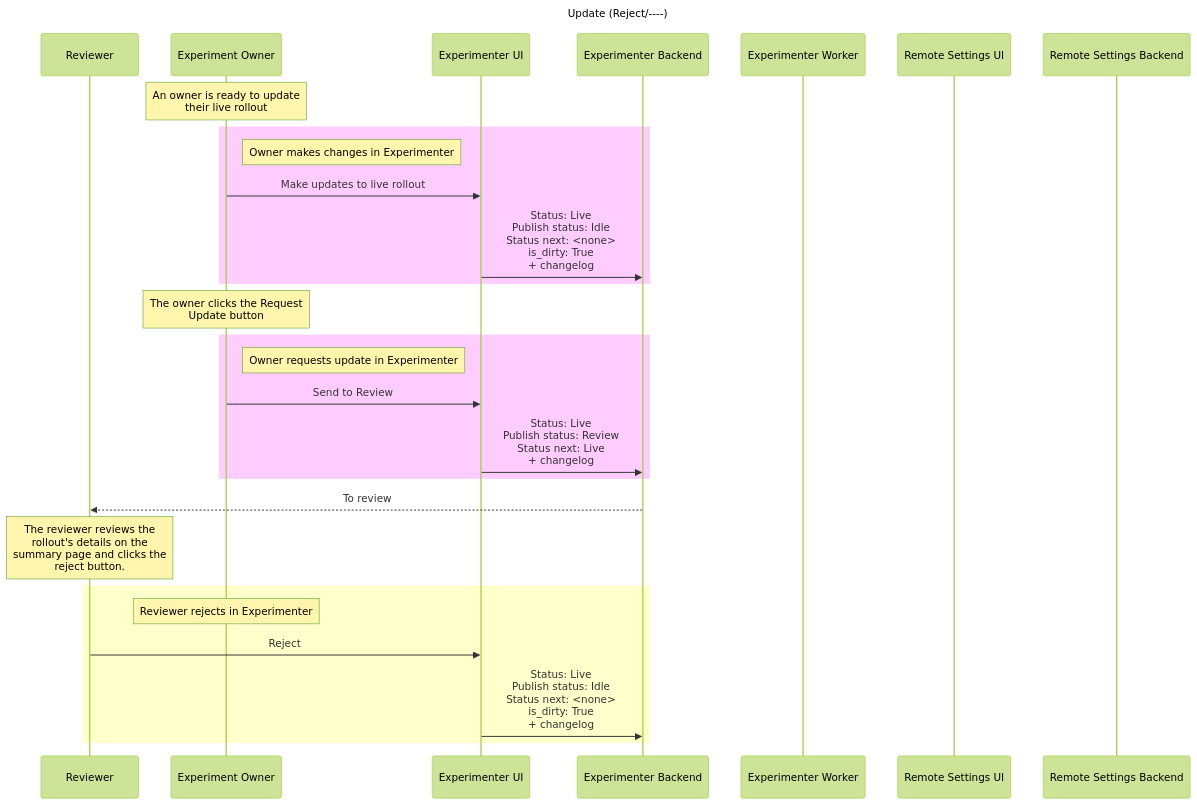
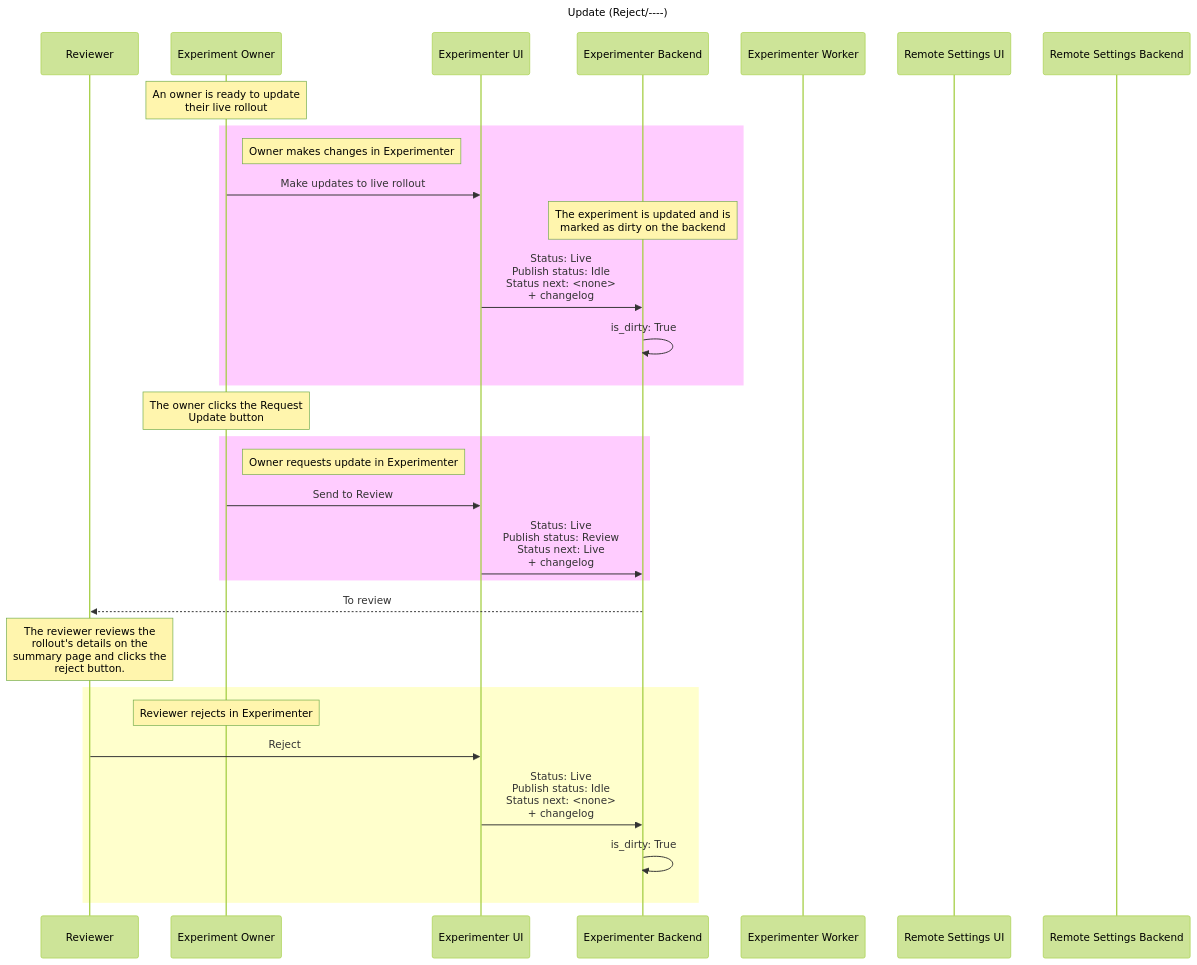
One commit to mozilla/experimenter changed the ninth of 22 diagrams in docs/experimenter/README.md. Above: the diagram before and after it, drawn with Mermaid (forest theme). The commit also changed other lines of this file, not shown here.

Commit message:
For #8559 docs(nimbus): Separate is_dirty to show that it is set on the backend

````diff
--- a/docs/experimenter/README.md
+++ b/docs/experimenter/README.md
@@ -527,36 +529,39 @@
 ```mermaid
   sequenceDiagram
     participant Reviewer
     participant Experiment Owner
     participant Experimenter UI
     participant Experimenter Backend
     participant Experimenter Worker
     participant Remote Settings UI
     participant Remote Settings Backend
     title Update (Reject/----)
     Note over Experiment Owner: An owner is ready to update <br/> their live rollout
     
     rect rgb(255,204,255) 
         Note right of Experiment Owner: Owner makes changes in Experimenter
         Experiment Owner->>Experimenter UI: Make updates to live rollout
-        Experimenter UI->>Experimenter Backend: Status: Live <br/> Publish status: Idle <br/> Status next: <none> <br/> is_dirty: True <br/> + changelog
+        Note over Experimenter Backend: The experiment is updated and is <br/> marked as dirty on the backend
+        Experimenter UI->>Experimenter Backend: Status: Live <br/> Publish status: Idle <br/> Status next: <none>  <br/> + changelog
+        Experimenter Backend->>Experimenter Backend: is_dirty: True 
     end 
     
     Note over Experiment Owner: The owner clicks the Request <br/> Update button
     
     rect rgb(255,204,255) 
         Note right of Experiment Owner: Owner requests update in Experimenter
         Experiment Owner->>Experimenter UI: Send to Review
         Experimenter UI->>Experimenter Backend: Status: Live <br/> Publish status: Review <br/> Status next: Live <br/> + changelog
     end 
     
     Experimenter Backend-->>Reviewer: To review
     Note over Reviewer: The reviewer reviews the <br/> rollout's details on the <br/> summary page and clicks the <br/> reject button.
     
 
     rect rgb(255,255,204) 
         Note over Experiment Owner: Reviewer rejects in Experimenter
         Reviewer->>Experimenter UI: Reject
-        Experimenter UI->>Experimenter Backend: Status: Live <br/> Publish status: Idle <br/> Status next: <none> <br/> is_dirty: True <br/> + changelog
+        Experimenter UI->>Experimenter Backend: Status: Live <br/> Publish status: Idle <br/> Status next: <none> <br/> + changelog
+        Experimenter Backend->>Experimenter Backend: is_dirty: True 
     end 
 ```
````
